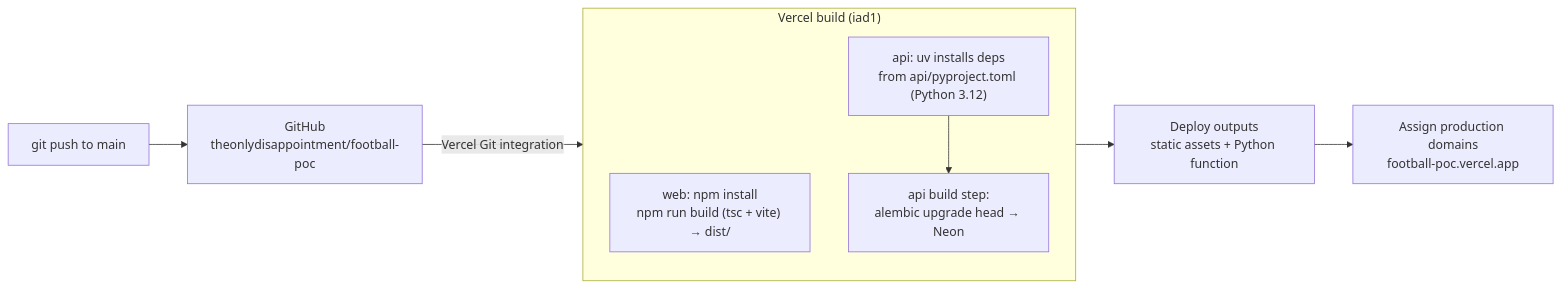
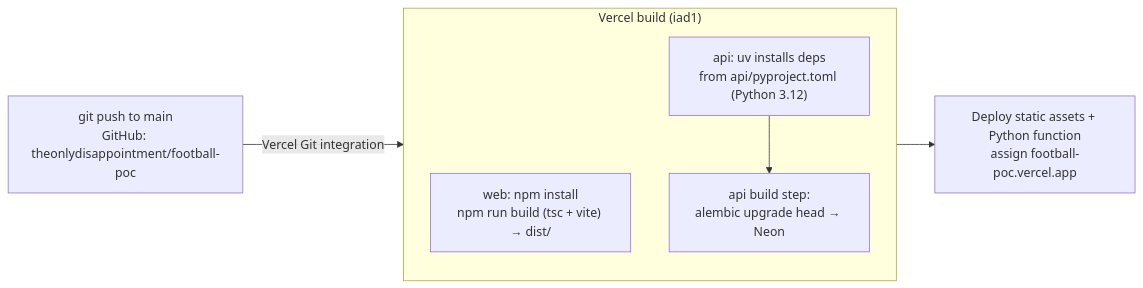
Before and after one commit to theonlydisappointment/football-poc: the fourth of 4 diagrams in docs/ARCHITECTURE.md, drawn with Mermaid.

Commit message:
Simplify the deployment pipeline diagram
Merge the push/GitHub and deploy/alias steps so the diagram fits a
portrait page (used for the PDF export) and reads more easily on GitHub.

Claude-Session: https://claude.ai/code/session_01TU2b5EoQhYEibFcxWEJBnK

````diff
--- a/docs/ARCHITECTURE.md
+++ b/docs/ARCHITECTURE.md
@@ -180,16 +180,17 @@
 ```mermaid
 flowchart LR
-    push["git push to main"] --> gh["GitHub<br/>theonlydisappointment/football-poc"]
-    gh -- "Vercel Git integration" --> build
+    push["git push to main<br/>GitHub: theonlydisappointment/football-poc"]
 
     subgraph build["Vercel build (iad1)"]
         direction TB
         w["web: npm install<br/>npm run build (tsc + vite) → dist/"]
         a["api: uv installs deps<br/>from api/pyproject.toml (Python 3.12)"]
         mig["api build step:<br/>alembic upgrade head → Neon"]
         a --> mig
     end
 
-    build --> out["Deploy outputs<br/>static assets + Python function"]
-    out --> alias["Assign production domains<br/>football-poc.vercel.app"]
+    live["Deploy static assets + Python function<br/>assign football-poc.vercel.app"]
+
+    push -- "Vercel Git integration" --> build
+    build --> live
 ```
````
